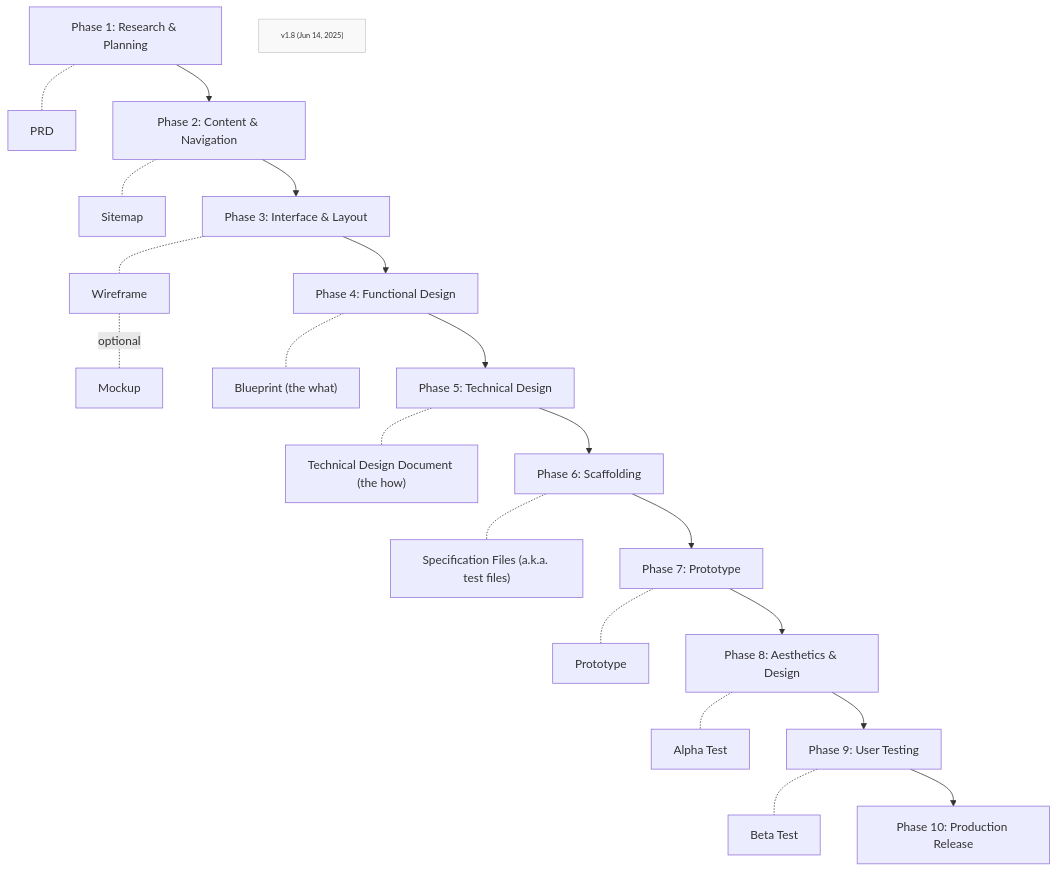
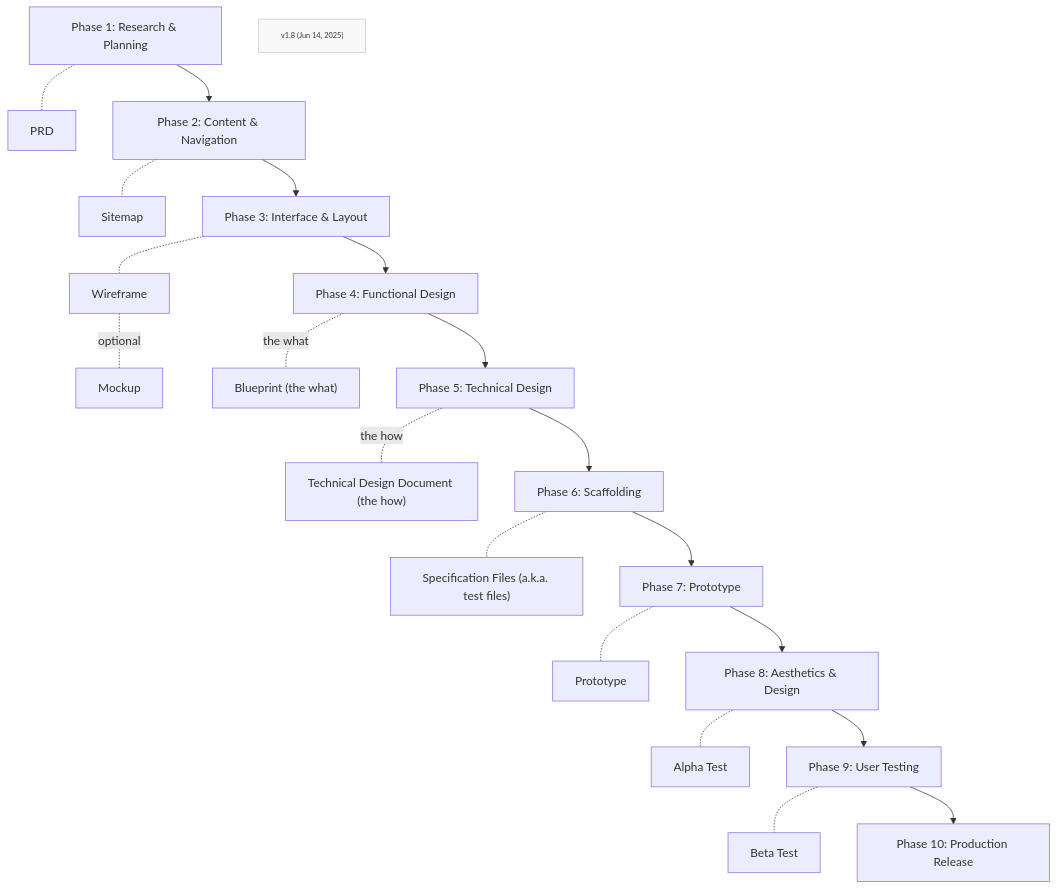
Before and after one commit to Mharbulous/Front-First-Method: the first of 2 diagrams in Phases/FF-overview.md, drawn with Mermaid.

````diff
--- a/Phases/FF-overview.md
+++ b/Phases/FF-overview.md
@@ -1,26 +1,26 @@
 ```mermaid
 graph TD
     Phase1["Phase 1: Research & Planning"] -.- PRD["PRD"]
     Phase1 --> Phase2["Phase 2: Content & Navigation"]
     Phase2 -.- Sitemap["Sitemap"]
     Phase2 --> Phase3["Phase 3: Interface & Layout"]
     Phase3 -.- Wireframe["Wireframe"]
     Wireframe -.- |optional|Mockup["Mockup"]
     Phase3 --> Phase4["Phase 4: Functional Design"]
-    Phase4 -.- Blueprint["Blueprint (the what)"]
+    Phase4 -.- |the what|Blueprint["Blueprint (the what)"]
     Phase4 --> Phase5["Phase 5: Technical Design"]
-    Phase5 -.- TechDesign["Technical Design Document (the how)"]
+    Phase5 -.- |the how|TechDesign["Technical Design Document (the how)"]
     Phase5 --> Phase6["Phase 6: Scaffolding"]
     Phase6 -.- Specs["Specification Files (a.k.a. test files)"]
     Phase6 --> Phase7["Phase 7: Prototype"]
     Phase7 -.- Prototype["Prototype"]
     Phase7 --> Phase8["Phase 8: Aesthetics & Design"]
     Phase8 -.- Alpha["Alpha Test"]
     Phase8 --> Phase9["Phase 9: User Testing"]
     Phase9 -.- Beta["Beta Test"]
     Phase9 --> Phase10["Phase 10: Production Release"]
 
     VersionInfo["v1.8 (Jun 14, 2025)"]
     classDef version fill:#f9f9f9,stroke:#ccc,font-size:10px;
     class VersionInfo version
 ```
````
